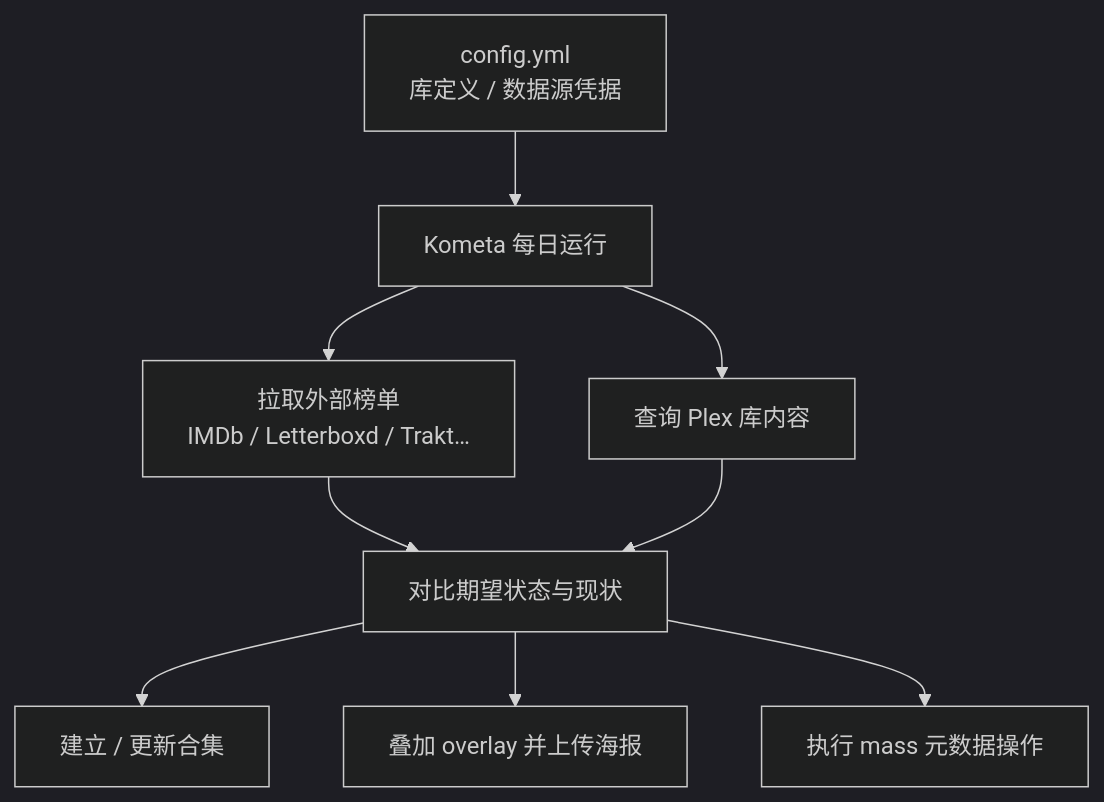
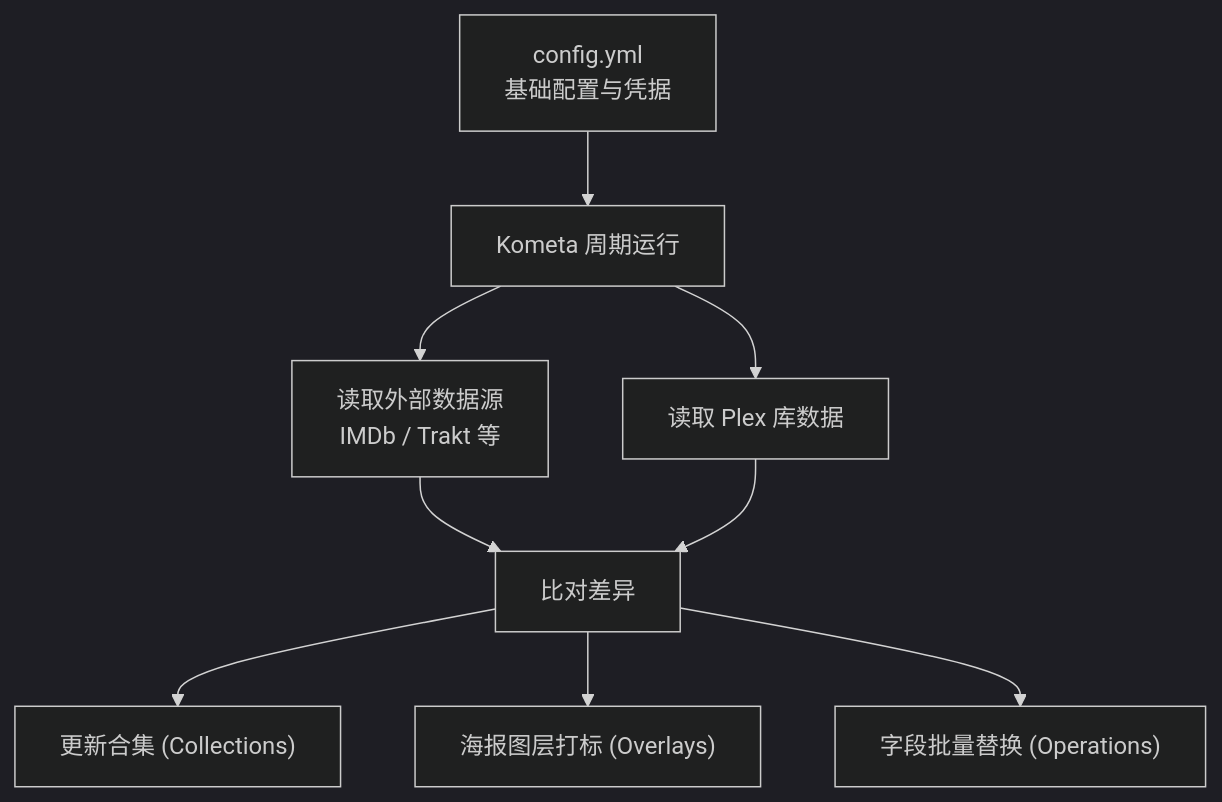
The second of 2 diagrams in src/content/blog/plex-metadata-kometa/index.md (synthpop123/homepage), drawn with Mermaid (dark theme) before and after one commit. The commit also changed other lines of this file, not shown here.

First line of the commit message:
Update Plex metadata workflow explanation and improve clarity in the blog post

````diff
--- a/src/content/blog/plex-metadata-kometa/index.md
+++ b/src/content/blog/plex-metadata-kometa/index.md
@@ -206,11 +203,11 @@
 ```mermaid
 flowchart TD
-  A["config.yml<br/>库定义 / 数据源凭据"] --> B["Kometa 每日运行"]
-  B --> C["拉取外部榜单<br/>IMDb / Letterboxd / Trakt…"]
-  B --> D["查询 Plex 库内容"]
-  C --> E["对比期望状态与现状"]
+  A["config.yml<br/>基础配置与凭据"] --> B["Kometa 周期运行"]
+  B --> C["读取外部数据源<br/>IMDb / Trakt 等"]
+  B --> D["读取 Plex 库数据"]
+  C --> E["比对差异"]
   D --> E
-  E --> F["建立 / 更新合集"]
-  E --> G["叠加 overlay 并上传海报"]
-  E --> H["执行 mass 元数据操作"]
+  E --> F["更新合集 (Collections)"]
+  E --> G["海报图层打标 (Overlays)"]
+  E --> H["字段批量替换 (Operations)"]
 ```
````
